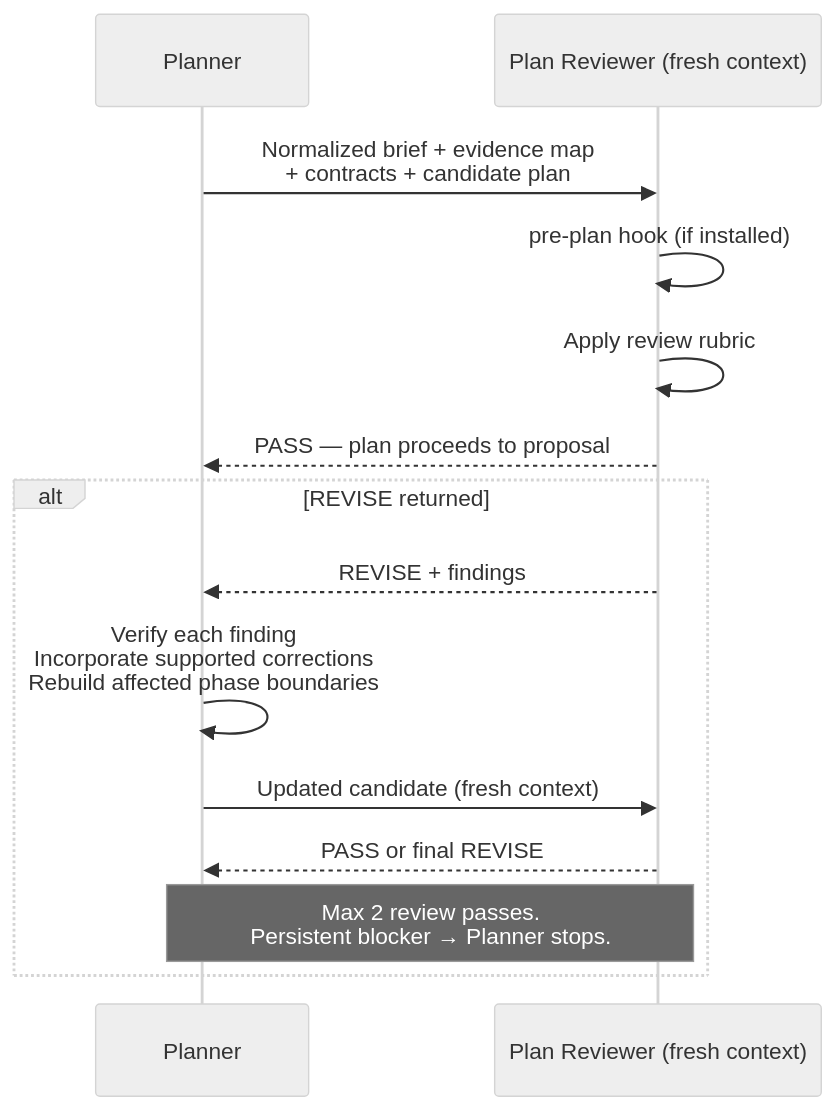
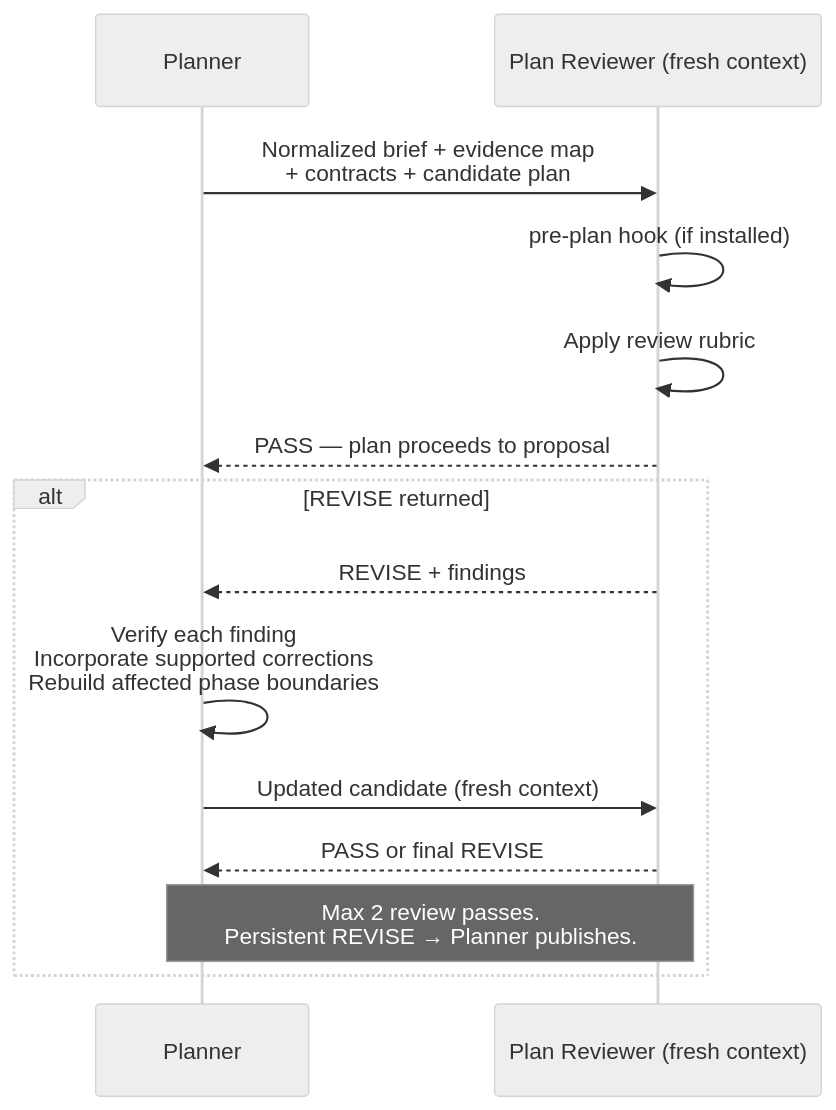
The second of 2 diagrams in docs/architecture/plan-reviewer.md (ericmaster/agent-fabric), drawn with Mermaid (neutral theme) before and after one commit. The commit also changed 6 other files, not shown here.

Commit message:
feat(planner): update planner lifecycle for schema delivery and ephemeral JSON plans

````diff
--- a/docs/architecture/plan-reviewer.md
+++ b/docs/architecture/plan-reviewer.md
@@ -108,18 +108,18 @@
 ```mermaid
 sequenceDiagram
     participant P as Planner
     participant R as Plan Reviewer (fresh context)
 
     P->>R: Normalized brief + evidence map<br/>+ contracts + candidate plan
     R->>R: pre-plan hook (if installed)
     R->>R: Apply review rubric
     R-->>P: PASS — plan proceeds to proposal
 
     alt REVISE returned
         R-->>P: REVISE + findings
         P->>P: Verify each finding<br/>Incorporate supported corrections<br/>Rebuild affected phase boundaries
         P->>R: Updated candidate (fresh context)
         R-->>P: PASS or final REVISE
-        Note over P,R: Max 2 review passes.<br/>Persistent blocker → Planner stops.
+        Note over P,R: Max 2 review passes.<br/>Persistent REVISE → Planner publishes.
     end
 ```
````
